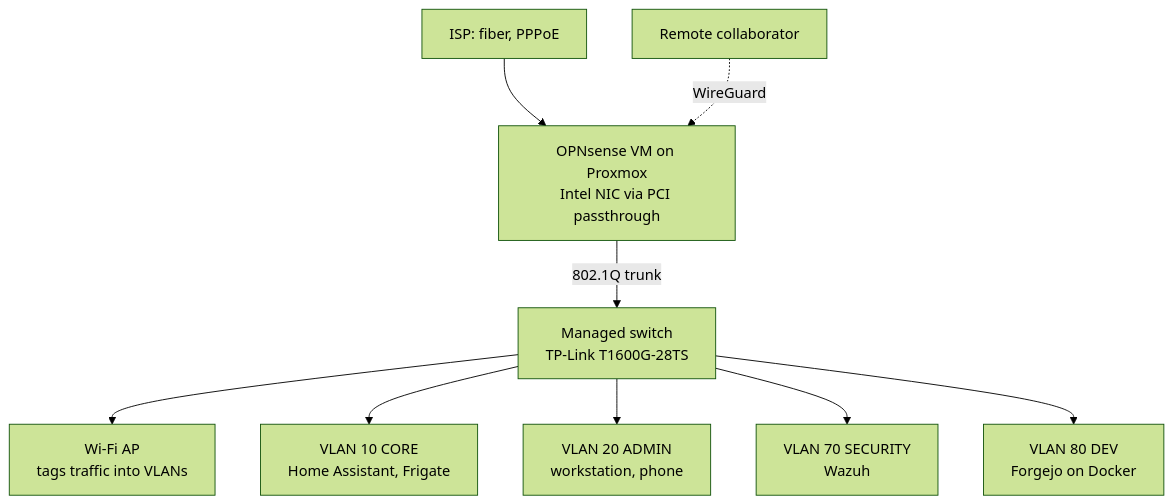
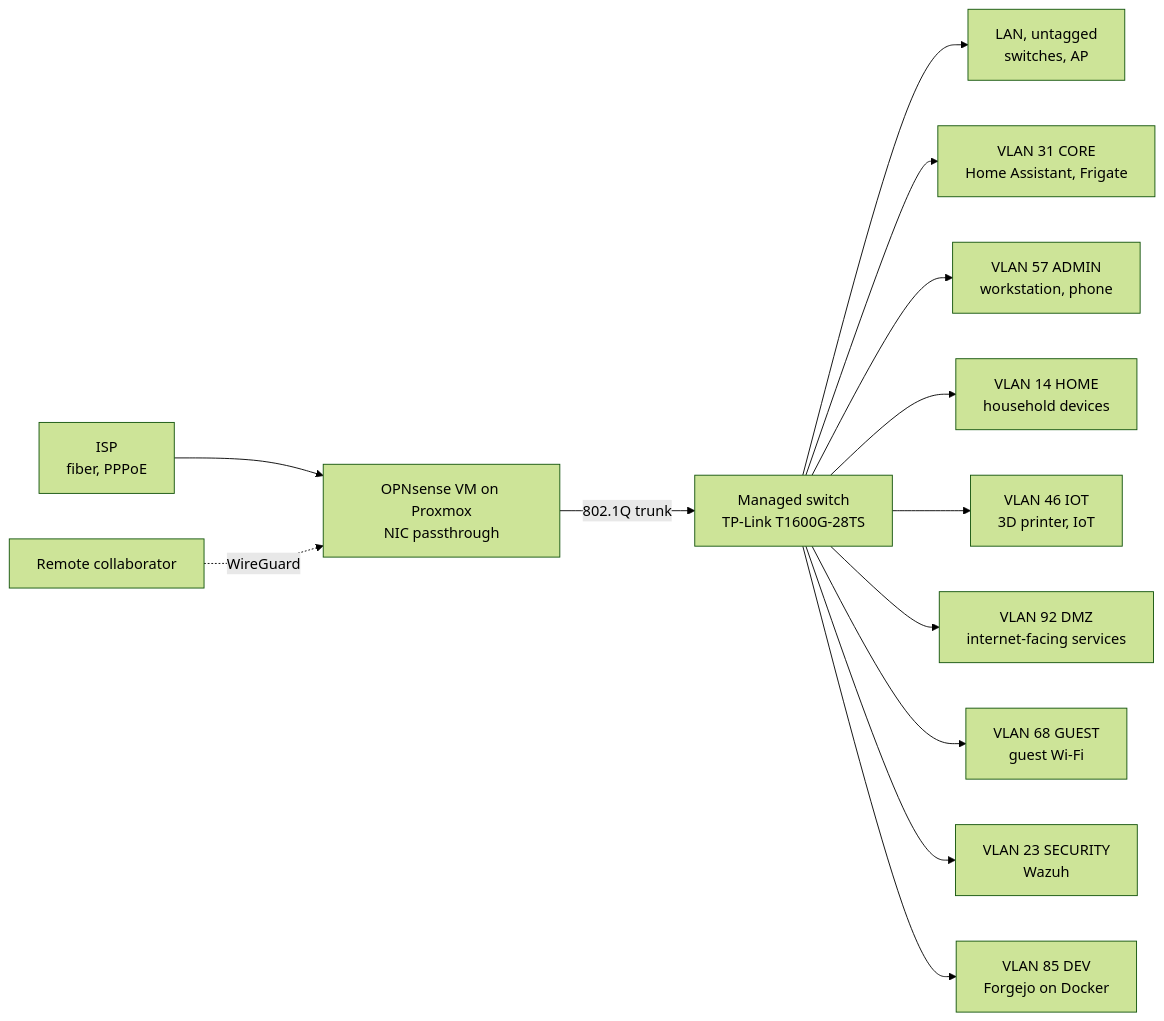
Before and after one commit to thmgpl/homelab: the diagram in README.md, drawn with Mermaid (forest theme). The commit also changed other lines of this file, not shown here.

````diff
--- a/README.md
+++ b/README.md
@@ -34,11 +39,15 @@
 ```mermaid
-flowchart TB
-    ISP["ISP: fiber, PPPoE"] --> OPN["OPNsense VM on Proxmox<br/>Intel NIC via PCI passthrough"]
+flowchart LR
+    ISP["ISP<br/>fiber, PPPoE"] --> OPN["OPNsense VM on Proxmox<br/>NIC passthrough"]
     REMOTE["Remote collaborator"] -. WireGuard .-> OPN
     OPN -->|802.1Q trunk| SW["Managed switch<br/>TP-Link T1600G-28TS"]
-    SW --> AP["Wi-Fi AP<br/>tags traffic into VLANs"]
-    SW --> V10["VLAN 10 CORE<br/>Home Assistant, Frigate"]
-    SW --> V20["VLAN 20 ADMIN<br/>workstation, phone"]
-    SW --> V70["VLAN 70 SECURITY<br/>Wazuh"]
-    SW --> V80["VLAN 80 DEV<br/>Forgejo on Docker"]
+    SW --> LAN["LAN, untagged<br/>switches, AP"]
+    SW --> CORE["VLAN 31 CORE<br/>Home Assistant, Frigate"]
+    SW --> ADMIN["VLAN 57 ADMIN<br/>workstation, phone"]
+    SW --> HOME["VLAN 14 HOME<br/>household devices"]
+    SW --> IOT["VLAN 46 IOT<br/>3D printer, IoT"]
+    SW --> DMZ["VLAN 92 DMZ<br/>internet-facing services"]
+    SW --> GUEST["VLAN 68 GUEST<br/>guest Wi-Fi"]
+    SW --> SEC["VLAN 23 SECURITY<br/>Wazuh"]
+    SW --> DEV["VLAN 85 DEV<br/>Forgejo on Docker"]
 ```
````
